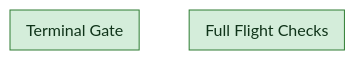
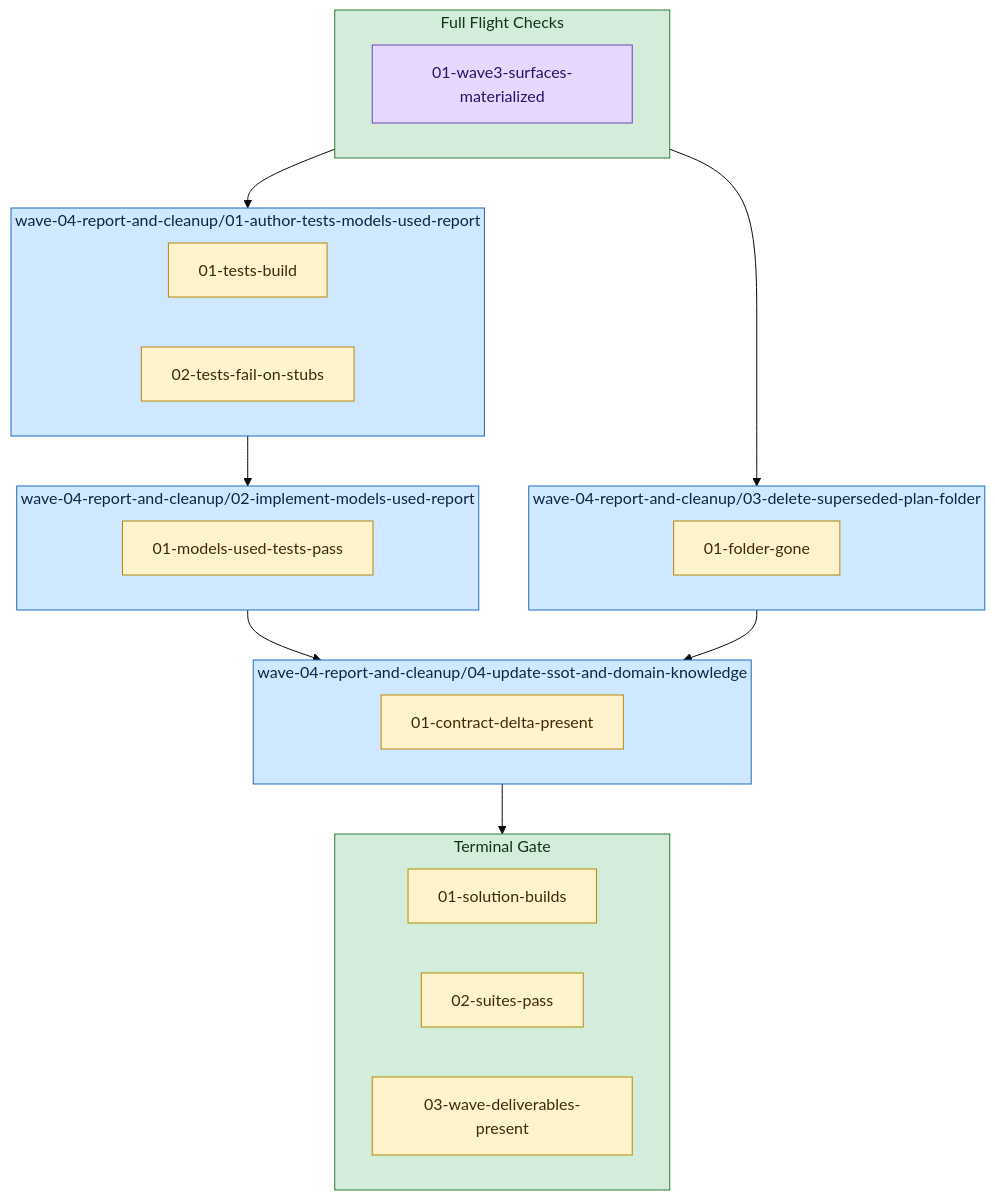
Before and after one commit to Servant-Software-LLC/Guardrails: the diagram in docs/plans/model-tiering-stage-3/wave-04-report-and-cleanup/diagram.md, drawn with Mermaid (base theme). The commit also changed other lines of this file and 27 other files, not shown here.

````diff
--- a/docs/plans/model-tiering-stage-3/wave-04-report-and-cleanup/diagram.md
+++ b/docs/plans/model-tiering-stage-3/wave-04-report-and-cleanup/diagram.md
@@ -3,11 +3,38 @@
 ```mermaid
 flowchart TD
   subgraph plan_preflights["Full Flight Checks"]
+    plan_preflights_0["01-wave3-surfaces-materialized"]:::preflight
   end
   style plan_preflights fill:#d4edda,stroke:#2e7d32,color:#10341a;
+  subgraph task_wave_04_report_and_cleanup_01_author_tests_models_used_report["wave-04-report-and-cleanup/01-author-tests-models-used-report"]
+    task_wave_04_report_and_cleanup_01_author_tests_models_used_report_gr_0["01-tests-build"]:::guardrail
+    task_wave_04_report_and_cleanup_01_author_tests_models_used_report_gr_1["02-tests-fail-on-stubs"]:::guardrail
+  end
+  style task_wave_04_report_and_cleanup_01_author_tests_models_used_report fill:#cfe8ff,stroke:#1b6ec2,color:#0b2545;
+  subgraph task_wave_04_report_and_cleanup_02_implement_models_used_report["wave-04-report-and-cleanup/02-implement-models-used-report"]
+    task_wave_04_report_and_cleanup_02_implement_models_used_report_gr_0["01-models-used-tests-pass"]:::guardrail
+  end
+  style task_wave_04_report_and_cleanup_02_implement_models_used_report fill:#cfe8ff,stroke:#1b6ec2,color:#0b2545;
+  subgraph task_wave_04_report_and_cleanup_03_delete_superseded_plan_folder["wave-04-report-and-cleanup/03-delete-superseded-plan-folder"]
+    task_wave_04_report_and_cleanup_03_delete_superseded_plan_folder_gr_0["01-folder-gone"]:::guardrail
+  end
+  style task_wave_04_report_and_cleanup_03_delete_superseded_plan_folder fill:#cfe8ff,stroke:#1b6ec2,color:#0b2545;
+  subgraph task_wave_04_report_and_cleanup_04_update_ssot_and_domain_knowledge["wave-04-report-and-cleanup/04-update-ssot-and-domain-knowledge"]
+    task_wave_04_report_and_cleanup_04_update_ssot_and_domain_knowledge_gr_0["01-contract-delta-present"]:::guardrail
+  end
+  style task_wave_04_report_and_cleanup_04_update_ssot_and_domain_knowledge fill:#cfe8ff,stroke:#1b6ec2,color:#0b2545;
   subgraph plan_guardrails["Terminal Gate"]
+    plan_guardrails_0["01-solution-builds"]:::guardrail
+    plan_guardrails_1["02-suites-pass"]:::guardrail
+    plan_guardrails_2["03-wave-deliverables-present"]:::guardrail
   end
   style plan_guardrails fill:#d4edda,stroke:#2e7d32,color:#10341a;
+  plan_preflights --> task_wave_04_report_and_cleanup_01_author_tests_models_used_report
+  plan_preflights --> task_wave_04_report_and_cleanup_03_delete_superseded_plan_folder
+  task_wave_04_report_and_cleanup_01_author_tests_models_used_report --> task_wave_04_report_and_cleanup_02_implement_models_used_report
+  task_wave_04_report_and_cleanup_02_implement_models_used_report --> task_wave_04_report_and_cleanup_04_update_ssot_and_domain_knowledge
+  task_wave_04_report_and_cleanup_03_delete_superseded_plan_folder --> task_wave_04_report_and_cleanup_04_update_ssot_and_domain_knowledge
+  task_wave_04_report_and_cleanup_04_update_ssot_and_domain_knowledge --> plan_guardrails
   classDef preflight fill:#e6d7ff,stroke:#6f42c1,color:#2e1065;
   classDef guardrail fill:#fff3cd,stroke:#b8860b,color:#3d2c00;
 ```
````
